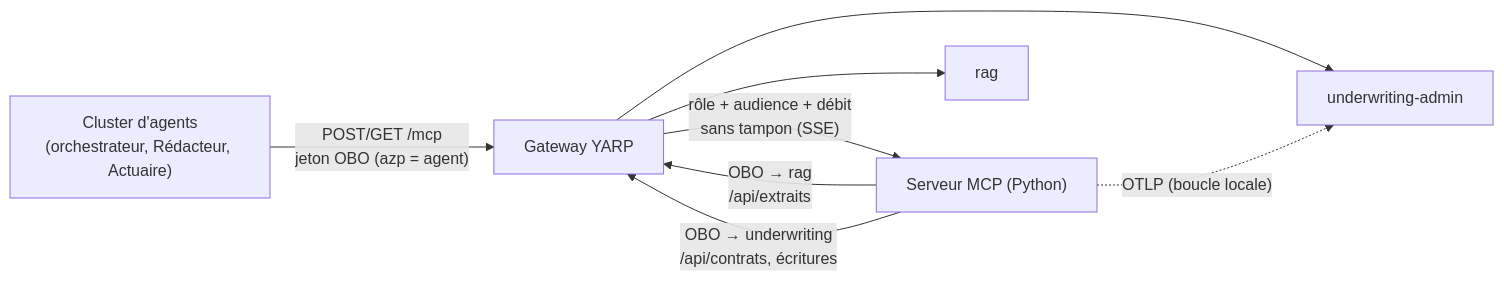
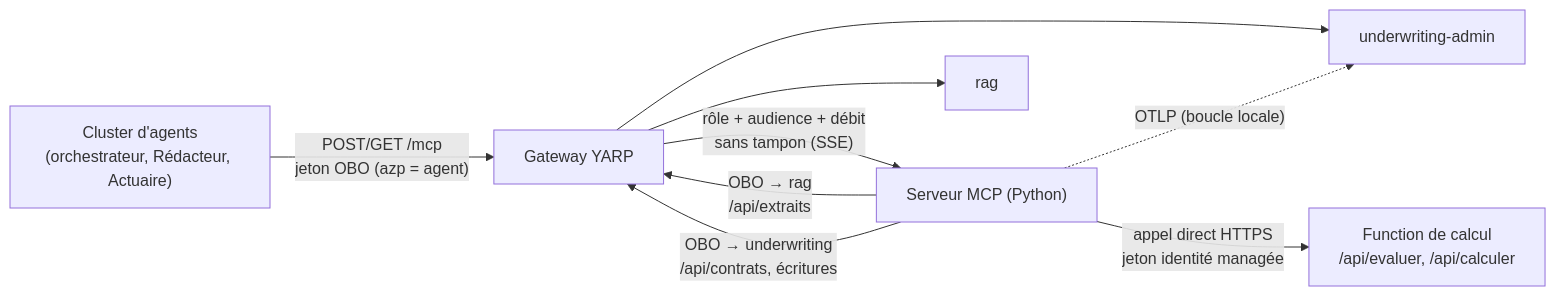
Before and after one commit to acerolaz/agentinsurflow: the diagram in docs/superpowers/specs/2026-10-21-serveur-mcp-design.md, drawn with Mermaid. The commit also changed other lines of this file and 6 other files, not shown here.

Commit message:
feat(infra): Function de calcul en Flex Consumption, Easy Auth et déploiement (T9 #64)

````diff
--- a/docs/superpowers/specs/2026-10-21-serveur-mcp-design.md
+++ b/docs/superpowers/specs/2026-10-21-serveur-mcp-design.md
@@ -45,10 +45,11 @@
 ```mermaid
 flowchart LR
     CL["Cluster d'agents<br/>(orchestrateur, Rédacteur, Actuaire)"] -->|"POST/GET /mcp<br/>jeton OBO (azp = agent)"| GW["Gateway YARP"]
     GW -->|"rôle + audience + débit<br/>sans tampon (SSE)"| MCP["Serveur MCP (Python)"]
     MCP -->|"OBO → rag<br/>/api/extraits"| GW
     MCP -->|"OBO → underwriting<br/>/api/contrats, écritures"| GW
     GW --> RAG["rag"]
     GW --> UW["underwriting-admin"]
     MCP -. "OTLP (boucle locale)" .-> UW
+    MCP -->|"appel direct HTTPS<br/>jeton identité managée"| FN["Function de calcul<br/>/api/evaluer, /api/calculer"]
 ```
````
